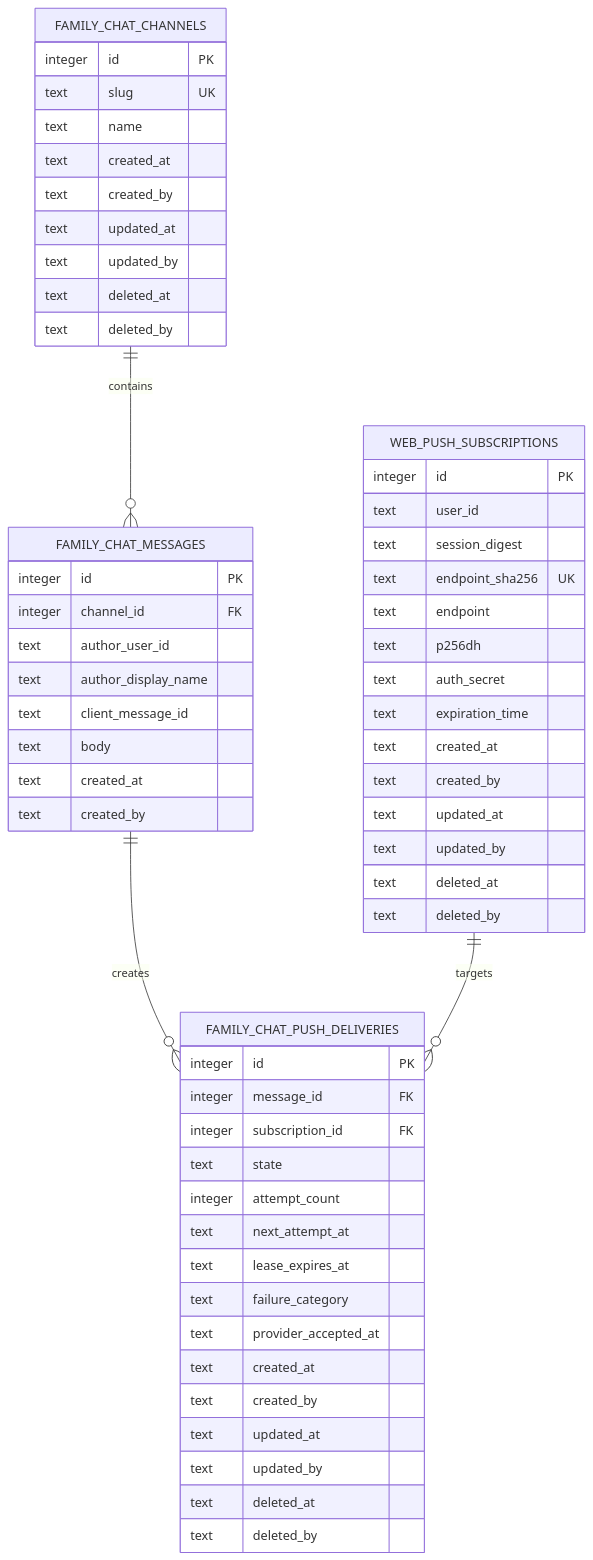
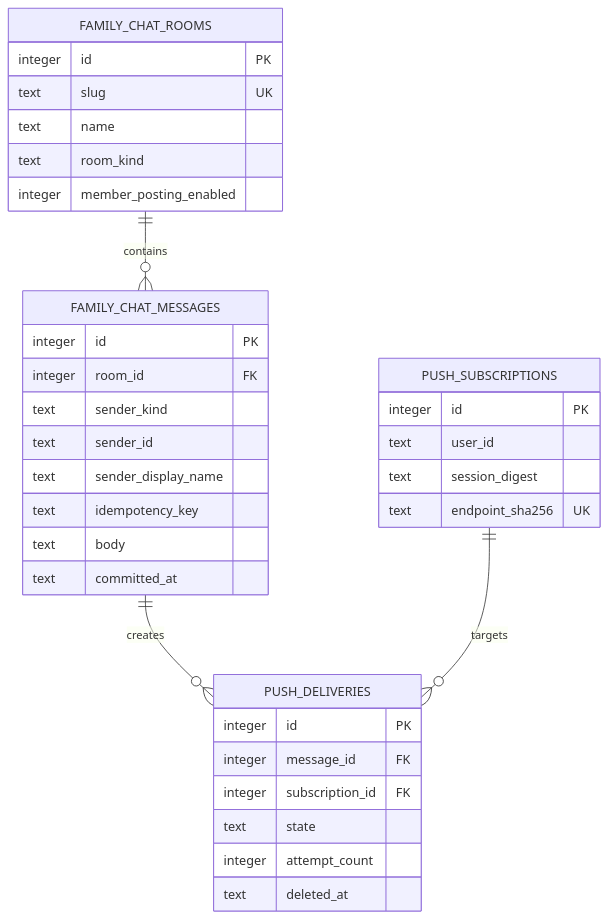
One commit to wahidyankf/beaver-nest changed the diagram in plans/in-progress/family-chat-room/tech-docs/002-data-model-and-migration-contract.md. Above: the diagram before and after it, drawn with Mermaid. The commit also changed other lines of this file and 22 other files, not shown here.

Commit message:
docs(plan): revise family chat delivery

````diff
--- a/plans/in-progress/family-chat-room/tech-docs/002-data-model-and-migration-contract.md
+++ b/plans/in-progress/family-chat-room/tech-docs/002-data-model-and-migration-contract.md
@@ -5,61 +5,38 @@
 ```mermaid
 erDiagram
-    FAMILY_CHAT_CHANNELS ||--o{ FAMILY_CHAT_MESSAGES : contains
-    FAMILY_CHAT_MESSAGES ||--o{ FAMILY_CHAT_PUSH_DELIVERIES : creates
-    WEB_PUSH_SUBSCRIPTIONS ||--o{ FAMILY_CHAT_PUSH_DELIVERIES : targets
+    FAMILY_CHAT_ROOMS ||--o{ FAMILY_CHAT_MESSAGES : contains
+    FAMILY_CHAT_MESSAGES ||--o{ PUSH_DELIVERIES : creates
+    PUSH_SUBSCRIPTIONS ||--o{ PUSH_DELIVERIES : targets
 
-    FAMILY_CHAT_CHANNELS {
+    FAMILY_CHAT_ROOMS {
         integer id PK
         text slug UK
         text name
-        text created_at
-        text created_by
-        text updated_at
-        text updated_by
-        text deleted_at
-        text deleted_by
+        text room_kind
+        integer member_posting_enabled
     }
     FAMILY_CHAT_MESSAGES {
         integer id PK
-        integer channel_id FK
-        text author_user_id
-        text author_display_name
-        text client_message_id
+        integer room_id FK
+        text sender_kind
+        text sender_id
+        text sender_display_name
+        text idempotency_key
         text body
-        text created_at
-        text created_by
+        text committed_at
     }
-    WEB_PUSH_SUBSCRIPTIONS {
+    PUSH_SUBSCRIPTIONS {
         integer id PK
         text user_id
         text session_digest
         text endpoint_sha256 UK
-        text endpoint
-        text p256dh
-        text auth_secret
-        text expiration_time
-        text created_at
-        text created_by
-        text updated_at
-        text updated_by
-        text deleted_at
-        text deleted_by
     }
-    FAMILY_CHAT_PUSH_DELIVERIES {
+    PUSH_DELIVERIES {
         integer id PK
         integer message_id FK
         integer subscription_id FK
         text state
         integer attempt_count
-        text next_attempt_at
-        text lease_expires_at
-        text failure_category
-        text provider_accepted_at
-        text created_at
-        text created_by
-        text updated_at
-        text updated_by
         text deleted_at
-        text deleted_by
     }
 ```
````
